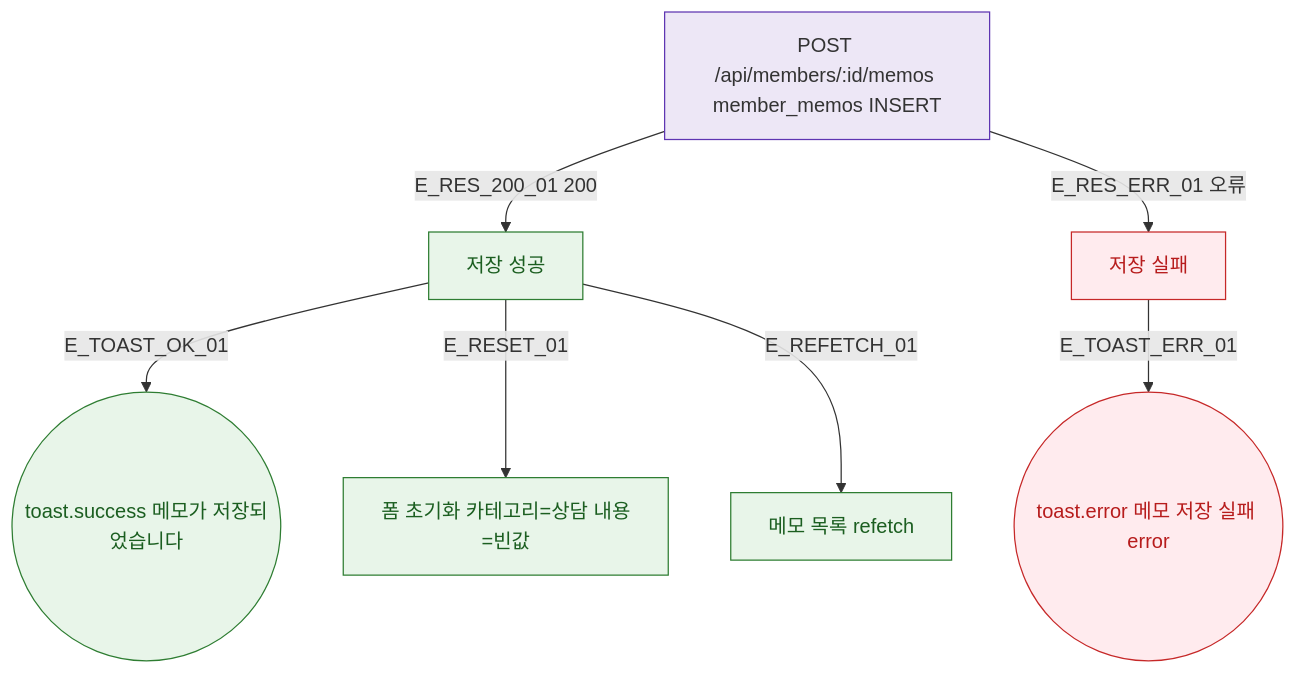
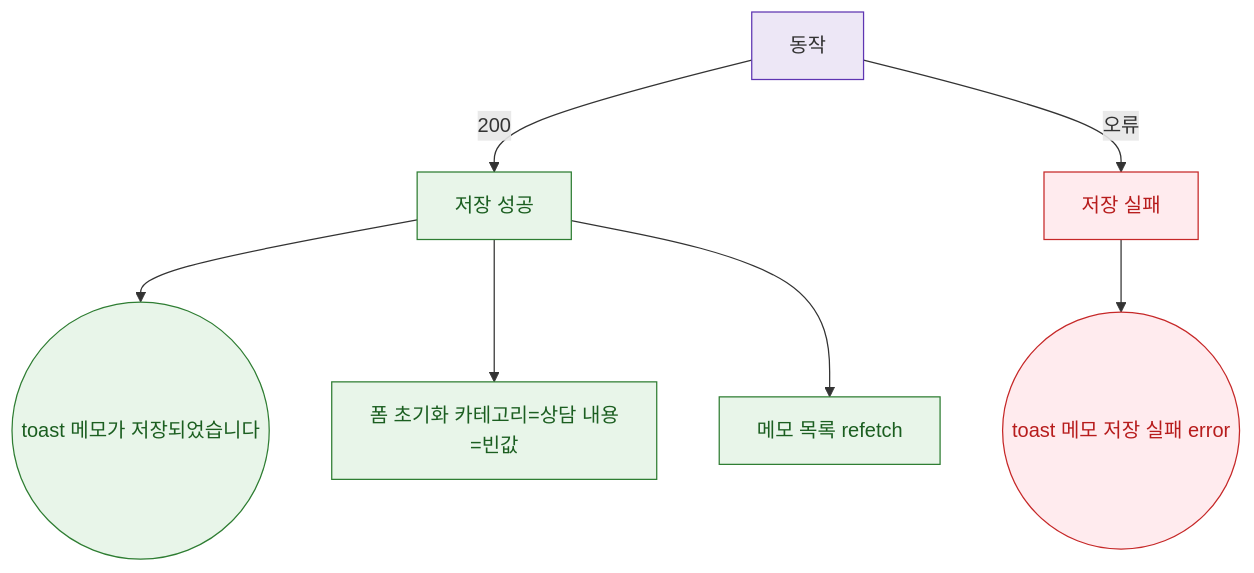
Before and after one commit to dev-spogym/admin-pando: the diagram in docs/다이어그램/D02_회원관리/DLG/DLG-M009_메모추가/M3_결과분기.md, drawn with Mermaid. The commit also changed other lines of this file and 1660 other files, not shown here.

First line of the commit message:
다이어그램: 기획자/클라이언트 납품본으로 정리

````diff
--- a/docs/다이어그램/D02_회원관리/DLG/DLG-M009_메모추가/M3_결과분기.md
+++ b/docs/다이어그램/D02_회원관리/DLG/DLG-M009_메모추가/M3_결과분기.md
@@ -22,21 +20,21 @@
 ```mermaid
 flowchart TD
-  API[POST /api/members/:id/memos member_memos INSERT]
+  API[동작]
 
-  API -->|E_RES_200_01 200| SUCCESS[저장 성공]
-  API -->|E_RES_ERR_01 오류| FAIL[저장 실패]
+  API -->|200|SUCCESS[저장 성공]
+  API -->|오류|FAIL[저장 실패]
 
-  SUCCESS -->|E_TOAST_OK_01| TOAST_OK((toast.success 메모가 저장되었습니다))
-  SUCCESS -->|E_RESET_01| RESET[폼 초기화 카테고리=상담 내용=빈값]
-  SUCCESS -->|E_REFETCH_01| REFETCH[메모 목록 refetch]
+  SUCCESS --> TOAST_OK((toast 메모가 저장되었습니다))
+  SUCCESS --> RESET[폼 초기화 카테고리=상담 내용=빈값]
+  SUCCESS --> REFETCH[메모 목록 refetch]
 
-  FAIL -->|E_TOAST_ERR_01| TOAST_ERR((toast.error 메모 저장 실패 error))
+  FAIL --> TOAST_ERR((toast 메모 저장 실패 error))
 
   classDef success fill:#E8F5E9,stroke:#2E7D32,color:#1B5E20
-  classDef error   fill:#FFEBEE,stroke:#C62828,color:#B71C1C
-  classDef system  fill:#EDE7F6,stroke:#5E35B2
+  classDef error fill:#FFEBEE,stroke:#C62828,color:#B71C1C
+  classDef system fill:#EDE7F6,stroke:#5E35B2
 
   class SUCCESS,TOAST_OK,RESET,REFETCH success
   class FAIL,TOAST_ERR error
   class API system
 ```
````
